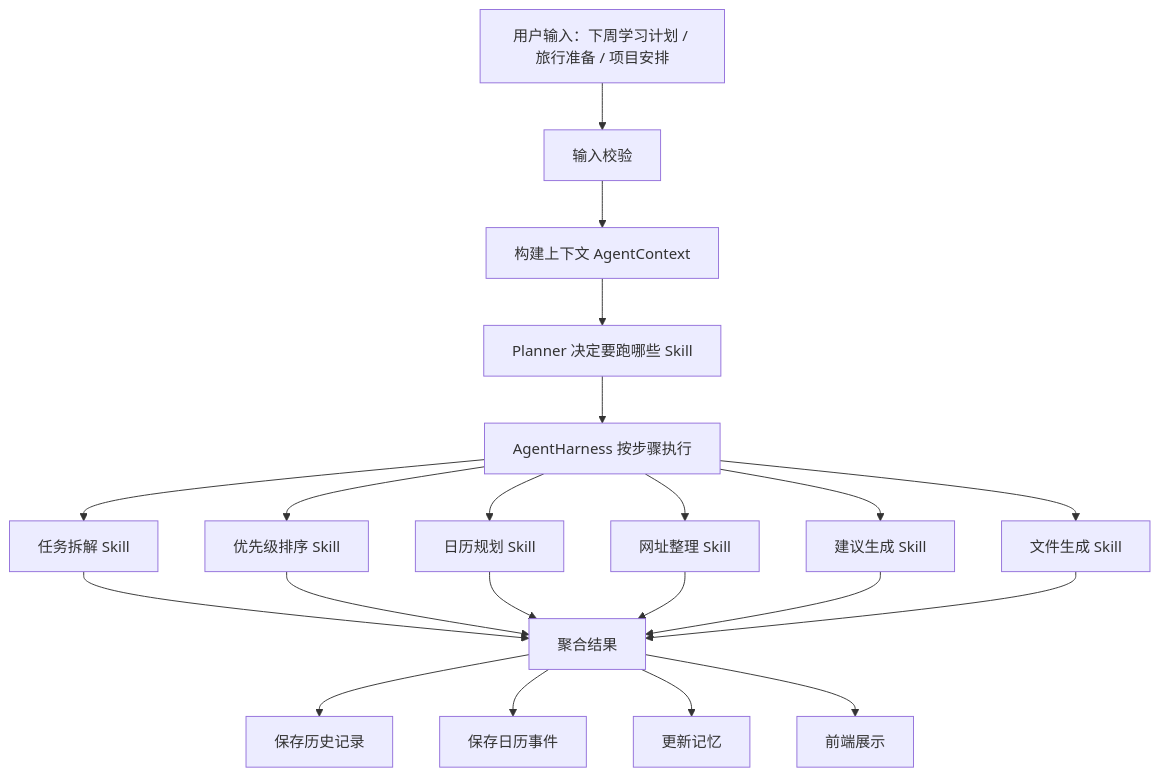
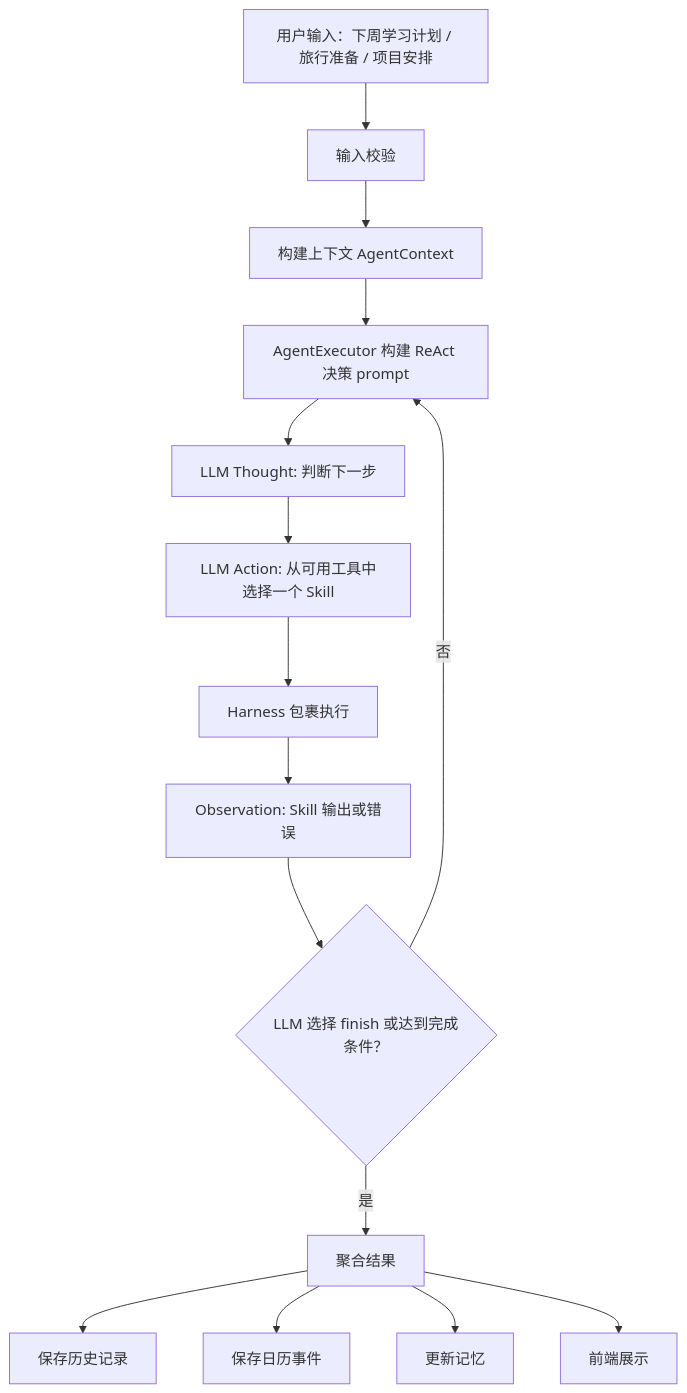
The first of 16 diagrams in docs/AGENT_ENGINEERING.md (YinL04/Daily-tasks-Agent-assistant), drawn with Mermaid before and after one commit. The commit also changed other lines of this file and 18 other files, not shown here.

````diff
--- a/docs/AGENT_ENGINEERING.md
+++ b/docs/AGENT_ENGINEERING.md
@@ -20,23 +27,17 @@
 ```mermaid
 flowchart TD
   A["用户输入：下周学习计划 / 旅行准备 / 项目安排"] --> B["输入校验"]
   B --> C["构建上下文 AgentContext"]
-  C --> D["Planner 决定要跑哪些 Skill"]
-  D --> E["AgentHarness 按步骤执行"]
-  E --> F["任务拆解 Skill"]
-  E --> G["优先级排序 Skill"]
-  E --> H["日历规划 Skill"]
-  E --> I["网址整理 Skill"]
-  E --> J["建议生成 Skill"]
-  E --> K["文件生成 Skill"]
-  F --> L["聚合结果"]
-  G --> L
-  H --> L
-  I --> L
-  J --> L
-  K --> L
-  L --> M["保存历史记录"]
-  L --> N["保存日历事件"]
-  L --> O["更新记忆"]
-  L --> P["前端展示"]
+  C --> D["AgentExecutor 构建 ReAct 决策 prompt"]
+  D --> E["LLM Thought: 判断下一步"]
+  E --> F["LLM Action: 从可用工具中选择一个 Skill"]
+  F --> G["Harness 包裹执行"]
+  G --> H["Observation: Skill 输出或错误"]
+  H --> I{"LLM 选择 finish 或达到完成条件？"}
+  I -->|否| D
+  I -->|是| J["聚合结果"]
+  J --> K["保存历史记录"]
+  J --> L["保存日历事件"]
+  J --> M["更新记忆"]
+  J --> N["前端展示"]
 ```
````
